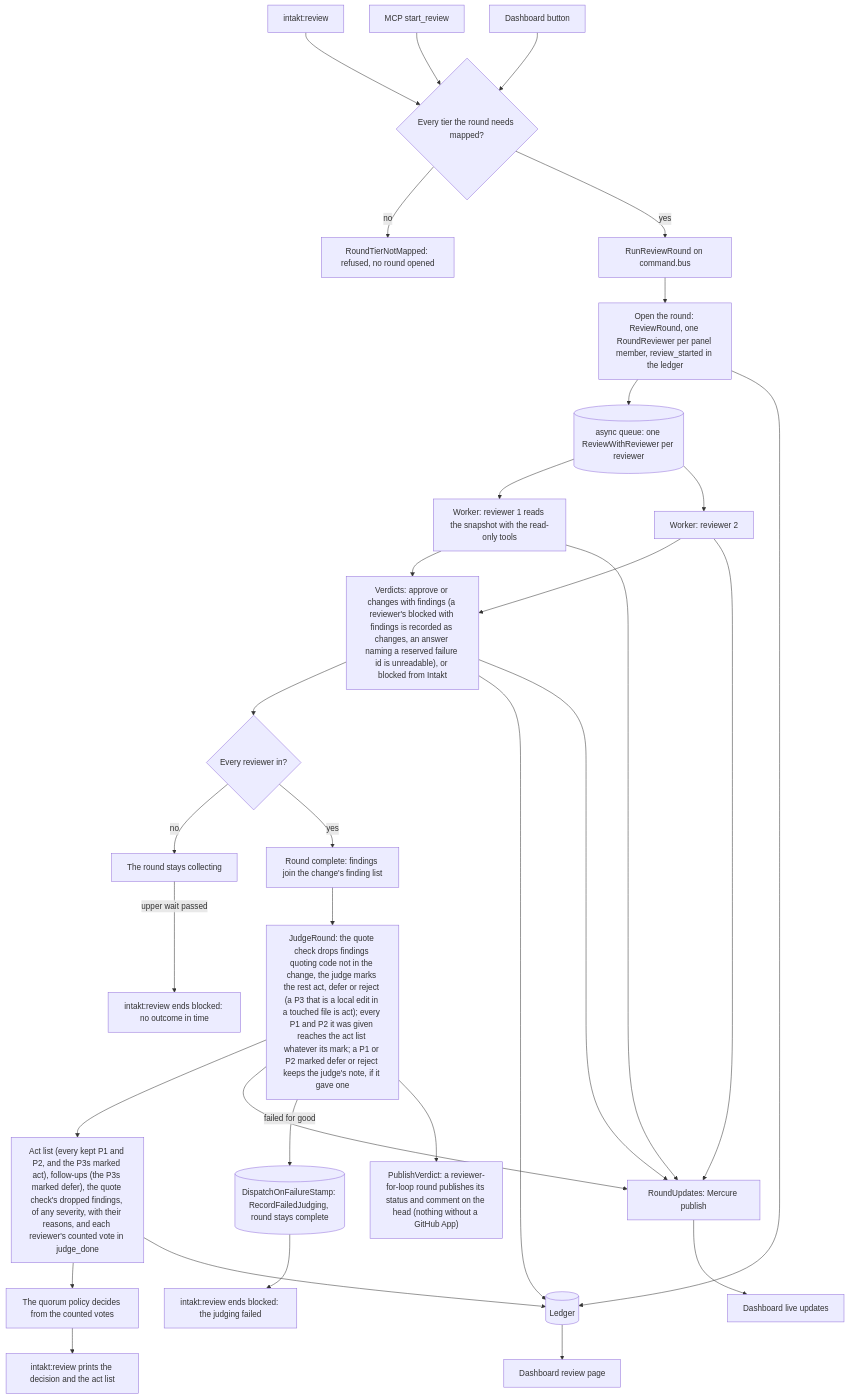
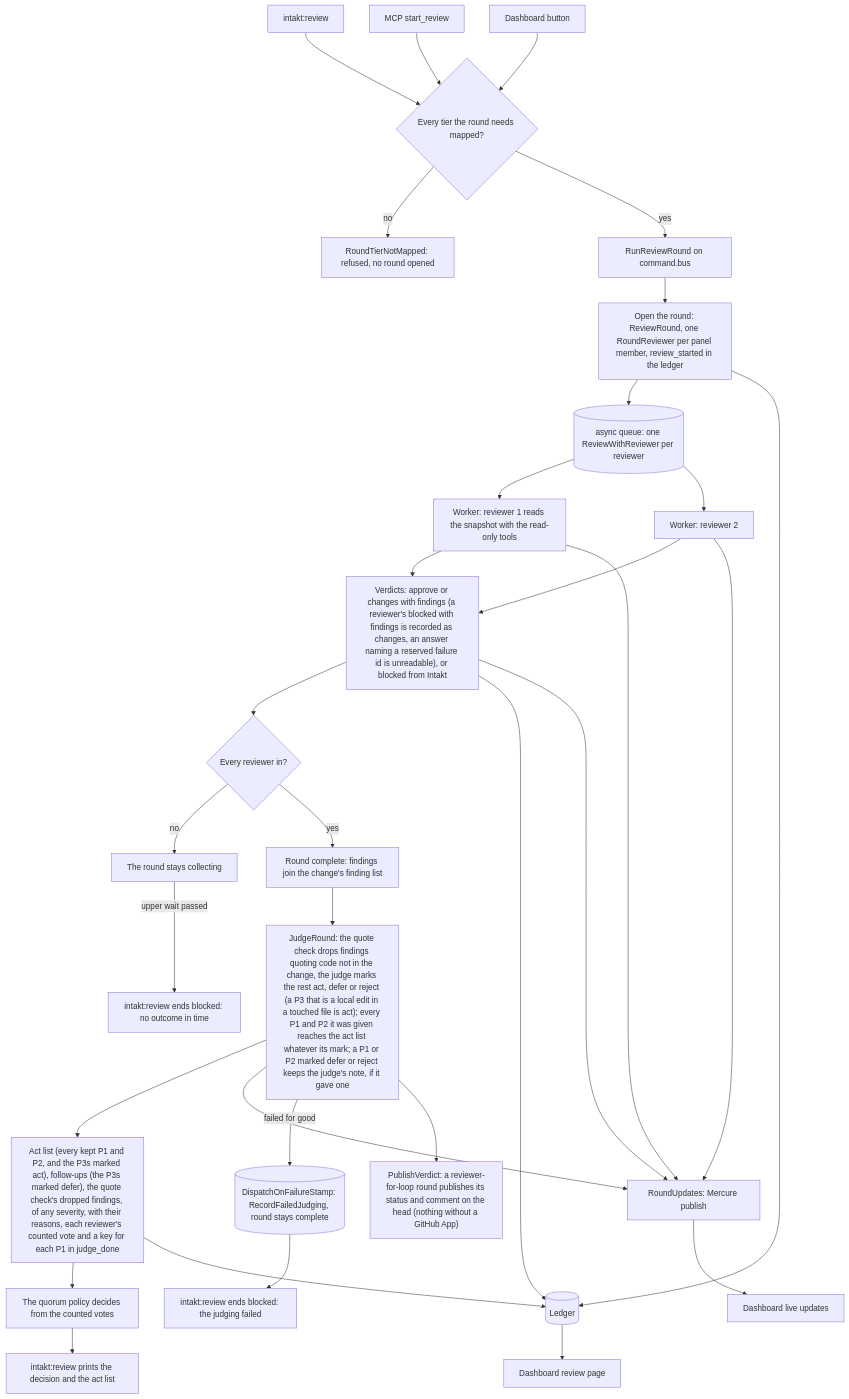
One commit to shinyredapples/intakt changed the diagram in docs/architecture/review-flow.md. Above: the diagram before and after it, drawn with Mermaid. The commit also changed other lines of this file and 1 other file, not shown here.

Commit message:
docs(review): describe the P1 key and p1_keys in judge_done

````diff
--- a/docs/architecture/review-flow.md
+++ b/docs/architecture/review-flow.md
@@ -5,33 +5,33 @@
 ```mermaid
 flowchart TD
     cli["intakt:review"] --> start
     mcp["MCP start_review"] --> start
     btn["Dashboard button"] --> start
     start{"Every tier the round needs mapped?"} -->|no| refused["RoundTierNotMapped: refused, no round opened"]
     start -->|yes| run["RunReviewRound on command.bus"] --> open["Open the round: ReviewRound, one RoundReviewer per panel member, review_started in the ledger"]
     open --> queue[("async queue: one ReviewWithReviewer per reviewer")]
     queue --> w1["Worker: reviewer 1 reads the snapshot with the read-only tools"]
     queue --> w2["Worker: reviewer 2"]
     w1 --> verdicts["Verdicts: approve or changes with findings (a reviewer's blocked with findings is recorded as changes, an answer naming a reserved failure id is unreadable), or blocked from Intakt"]
     w2 --> verdicts
     verdicts --> complete{"Every reviewer in?"}
     complete -->|no| wait["The round stays collecting"]
     complete -->|yes| collected["Round complete: findings join the change's finding list"]
     collected --> judge["JudgeRound: the quote check drops findings quoting code not in the change, the judge marks the rest act, defer or reject (a P3 that is a local edit in a touched file is act); every P1 and P2 it was given reaches the act list whatever its mark; a P1 or P2 marked defer or reject keeps the judge's note, if it gave one"]
-    judge --> act["Act list (every kept P1 and P2, and the P3s marked act), follow-ups (the P3s marked defer), the quote check's dropped findings, of any severity, with their reasons, and each reviewer's counted vote in judge_done"]
+    judge --> act["Act list (every kept P1 and P2, and the P3s marked act), follow-ups (the P3s marked defer), the quote check's dropped findings, of any severity, with their reasons, each reviewer's counted vote and a key for each P1 in judge_done"]
     act --> quorum["The quorum policy decides from the counted votes"]
     act --> ledger[("Ledger")]
     open --> ledger
     verdicts --> ledger
     ledger --> dash["Dashboard review page"]
     w1 --> updates["RoundUpdates: Mercure publish"]
     w2 --> updates
     verdicts --> updates
     judge --> updates
     updates --> live["Dashboard live updates"]
     quorum --> out["intakt:review prints the decision and the act list"]
     judge -->|failed for good| failed[("DispatchOnFailureStamp: RecordFailedJudging, round stays complete")]
     failed --> outFailed["intakt:review ends blocked: the judging failed"]
     wait -->|upper wait passed| outLate["intakt:review ends blocked: no outcome in time"]
     judge --> publish["PublishVerdict: a reviewer-for-loop round publishes its status and comment on the head (nothing without a GitHub App)"]
 ```
````
